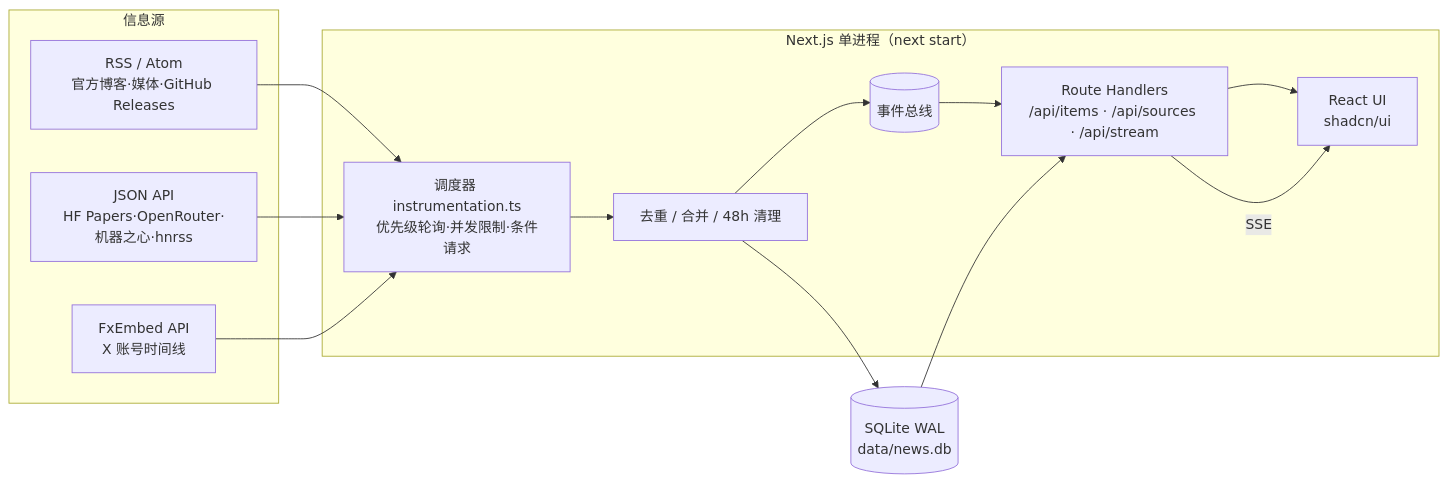
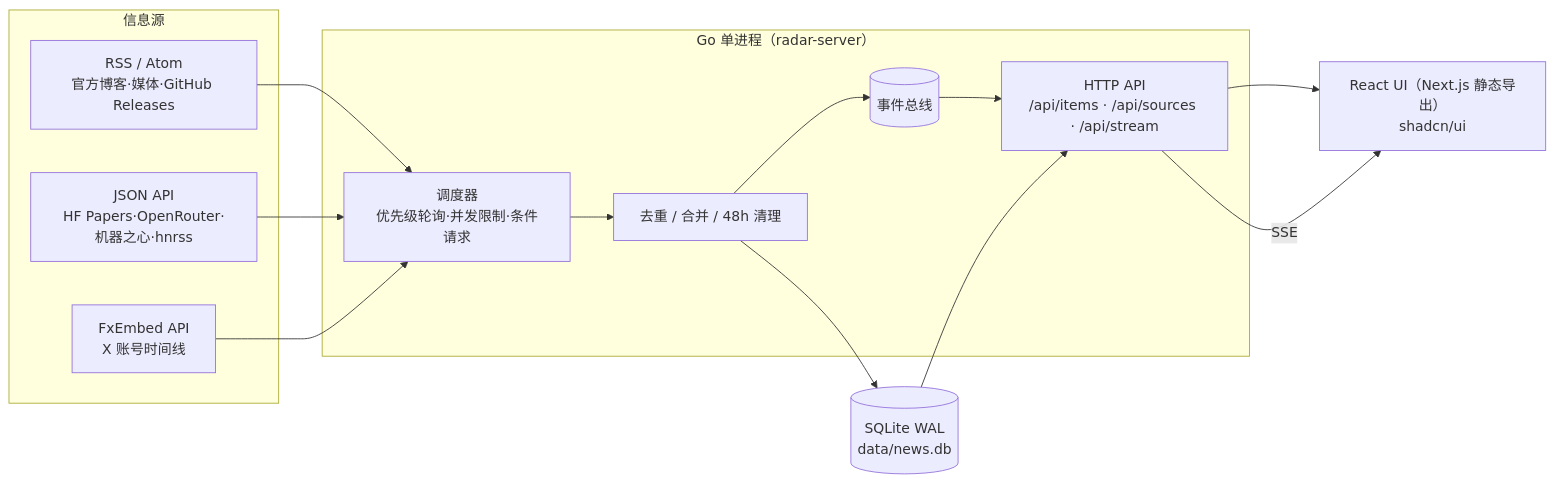
The diagram in README.md (iferrnil/ai-news-radar), drawn with Mermaid before and after one commit. The commit also changed other lines of this file and 126 other files, not shown here.

````diff
--- a/README.md
+++ b/README.md
@@ -127,20 +127,20 @@
 ```mermaid
 flowchart LR
   subgraph Sources[信息源]
     RSS[RSS / Atom<br/>官方博客·媒体·GitHub Releases]
     API[JSON API<br/>HF Papers·OpenRouter·机器之心·hnrss]
     FX[FxEmbed API<br/>X 账号时间线]
   end
-  subgraph Node[Next.js 单进程（next start）]
-    SCH[调度器 instrumentation.ts<br/>优先级轮询·并发限制·条件请求]
+  subgraph Go[Go 单进程（radar-server）]
+    SCH[调度器<br/>优先级轮询·并发限制·条件请求]
     STORE[去重 / 合并 / 48h 清理]
     BUS[(事件总线)]
-    APIR[Route Handlers<br/>/api/items · /api/sources · /api/stream]
-    UI[React UI<br/>shadcn/ui]
+    APIR[HTTP API<br/>/api/items · /api/sources · /api/stream]
   end
+  UI[React UI（Next.js 静态导出）<br/>shadcn/ui]
   DB[(SQLite WAL<br/>data/news.db)]
   RSS & API & FX --> SCH --> STORE --> DB
   STORE --> BUS --> APIR
   DB --> APIR --> UI
   APIR -- SSE --> UI
 ```
````
